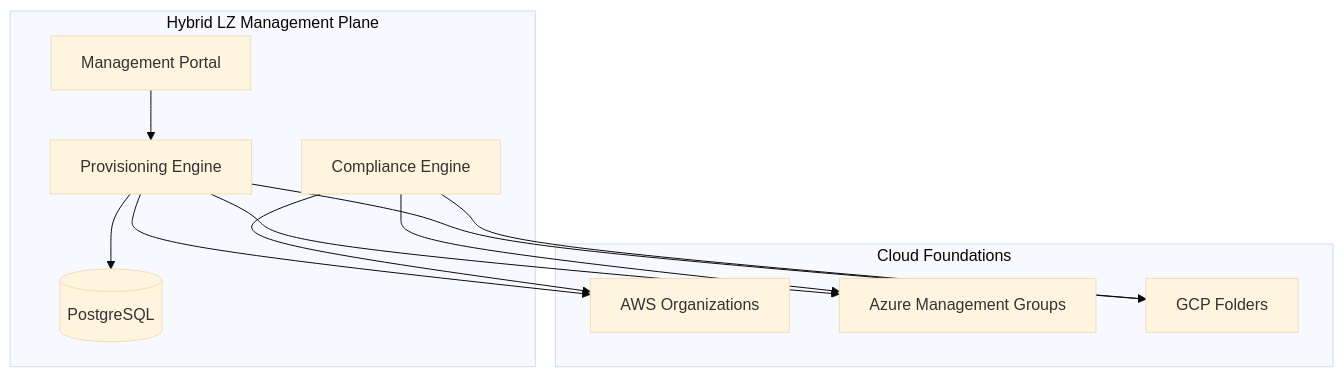
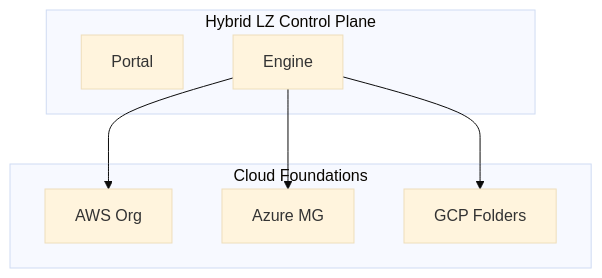
One commit to Devopstrio/hybrid-landingzone changed the first of 30 diagrams in README.md. Above: the diagram before and after it, drawn with Mermaid (base theme). The commit also changed other lines of this file, not shown here.

Commit message:
docs: expand README with 30+ architectural diagrams

````diff
--- a/README.md
+++ b/README.md
@@ -65,24 +26,15 @@
 ```mermaid
 graph TD
-    subgraph "Hybrid LZ Management Plane"
-        Portal[Management Portal]
-        Engine[Provisioning Engine]
-        Compliance[Compliance Engine]
-        DB[(PostgreSQL)]
+    subgraph "Hybrid LZ Control Plane"
+        Portal[Portal]
+        Engine[Engine]
     end
-
     subgraph "Cloud Foundations"
-        AWS[AWS Organizations]
-        AZ[Azure Management Groups]
+        AWS[AWS Org]
+        AZ[Azure MG]
         GCP[GCP Folders]
     end
-
-    Portal --> Engine
     Engine --> AWS
     Engine --> AZ
     Engine --> GCP
-    Compliance --> AWS
-    Compliance --> AZ
-    Compliance --> GCP
-    Engine --> DB
 ```
````
